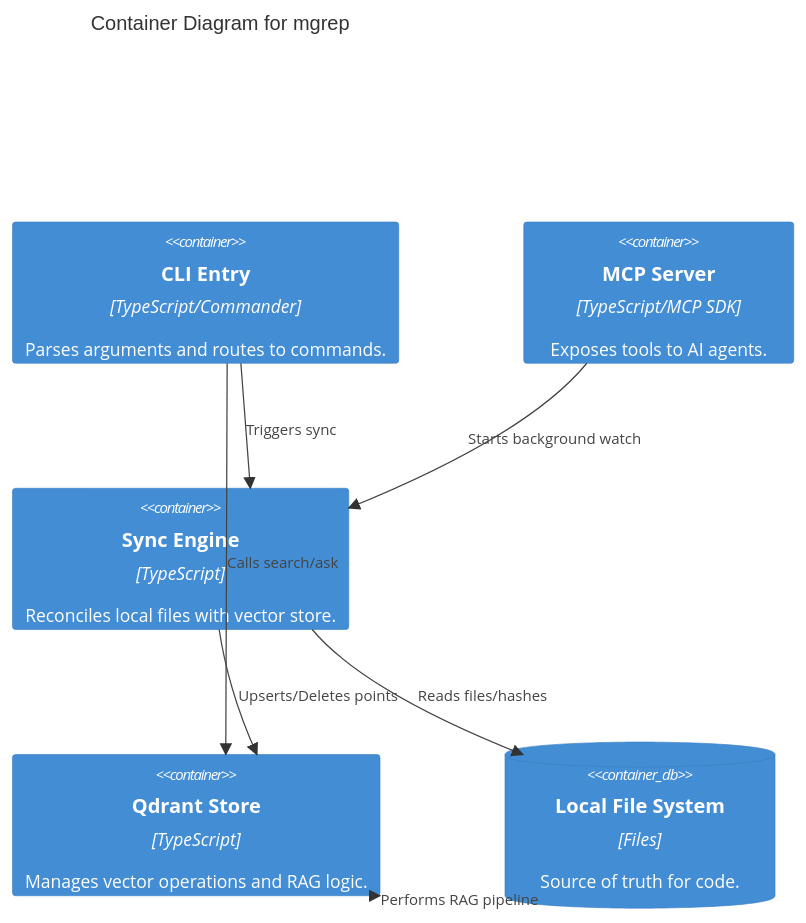
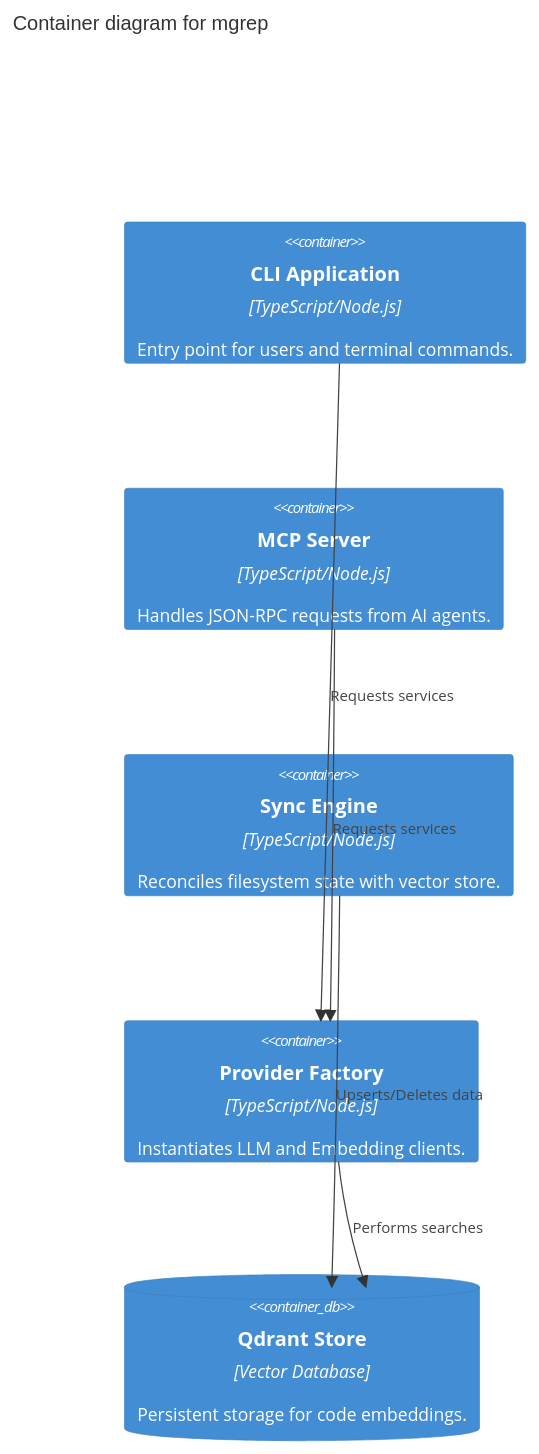
Before and after one commit to quantmind-br/mgrep: the third of 3 diagrams in README.md, drawn with Mermaid. The commit also changed other lines of this file and 20 other files, not shown here.

First line of the commit message:
docs(api-docs): restructure API documentation to focus on MCP tools

````diff
--- a/README.md
+++ b/README.md
@@ -112,18 +125,16 @@
 ```mermaid
 C4Container
-    title Container Diagram for mgrep
+    title Container diagram for mgrep
 
-    Container(cli, "CLI Entry", "TypeScript/Commander", "Parses arguments and routes to commands.")
-    Container(mcp_server, "MCP Server", "TypeScript/MCP SDK", "Exposes tools to AI agents.")
-    Container(sync_engine, "Sync Engine", "TypeScript", "Reconciles local files with vector store.")
-    Container(qdrant_store, "Qdrant Store", "TypeScript", "Manages vector operations and RAG logic.")
+    Container(cli, "CLI Application", "TypeScript/Node.js", "Entry point for users and terminal commands.")
+    Container(mcp_server, "MCP Server", "TypeScript/Node.js", "Handles JSON-RPC requests from AI agents.")
+    Container(sync_engine, "Sync Engine", "TypeScript/Node.js", "Reconciles filesystem state with vector store.")
+    Container(provider_factory, "Provider Factory", "TypeScript/Node.js", "Instantiates LLM and Embedding clients.")
     
-    ContainerDb(local_fs, "Local File System", "Files", "Source of truth for code.")
-    
-    Rel(cli, sync_engine, "Triggers sync")
-    Rel(cli, qdrant_store, "Calls search/ask")
-    Rel(mcp_server, sync_engine, "Starts background watch")
-    Rel(sync_engine, local_fs, "Reads files/hashes")
-    Rel(sync_engine, qdrant_store, "Upserts/Deletes points")
-    Rel(qdrant_store, qdrant_store, "Performs RAG pipeline")
+    ContainerDb(qdrant_db, "Qdrant Store", "Vector Database", "Persistent storage for code embeddings.")
+
+    Rel(cli, provider_factory, "Requests services")
+    Rel(mcp_server, provider_factory, "Requests services")
+    Rel(sync_engine, qdrant_db, "Upserts/Deletes data")
+    Rel(provider_factory, qdrant_db, "Performs searches")
 ```
````
